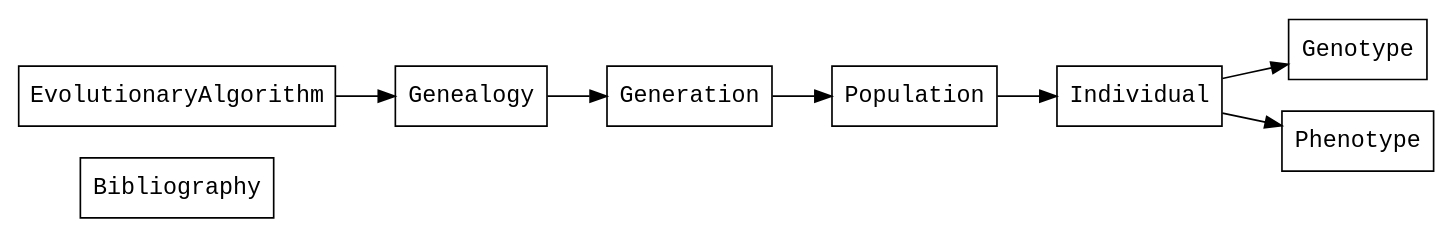
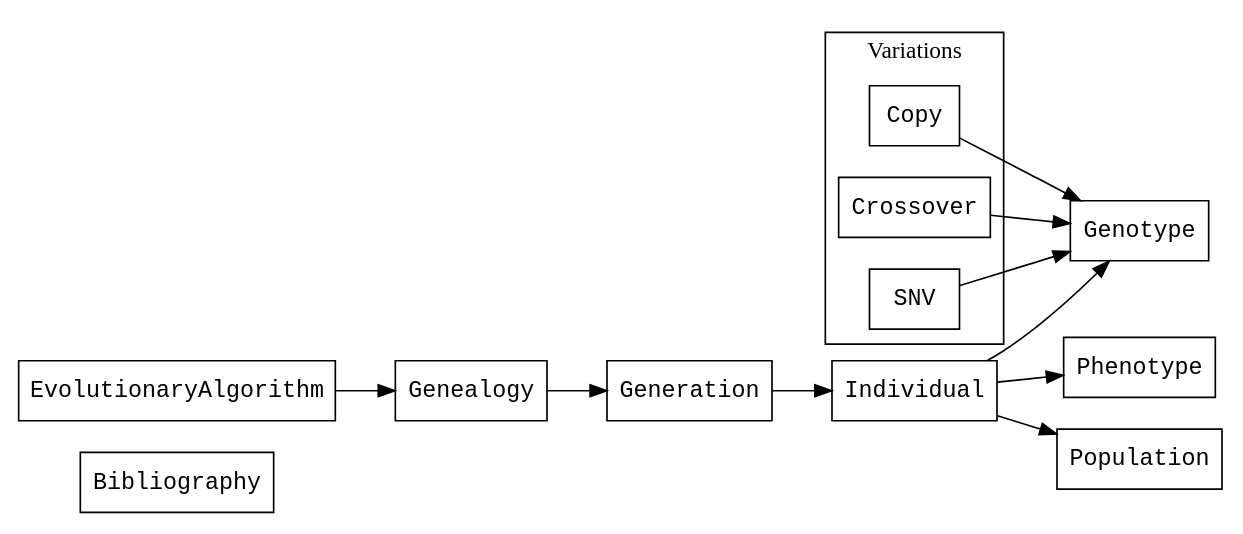
One commit to vdaghan/DEvA changed the diagram in doc/flowchart.dot. Above: the diagram before and after it, drawn with Graphviz. The commit also changed 18 other files, not shown here.

Commit message:
Initial structure of classes Generation, Individual and Strategy

```diff
--- a/doc/flowchart.dot
+++ b/doc/flowchart.dot
@@ -1,24 +1,31 @@
 digraph Functions {
     layout=dot;
     rankdir="LR";
     node [shape=record, fontname="Courier New"];
 
     Bibliography;
     EvolutionaryAlgorithm;
     Genealogy;
     Generation;
     Genotype;
     Individual;
     Phenotype;
     Population;
     subgraph cluster_variations {
         label="Variations";
+        Copy;
+        Crossover;
+        SNV;
     }
 
     EvolutionaryAlgorithm -> Genealogy;
     Genealogy -> Generation;
-    Generation -> Population;
-    Population -> Individual;
+    Generation -> Individual;
+    Individual -> Population;
     Individual -> Genotype;
     Individual -> Phenotype;
+
+    Copy -> Genotype;
+    Crossover -> Genotype;
+    SNV -> Genotype;
 }
```
